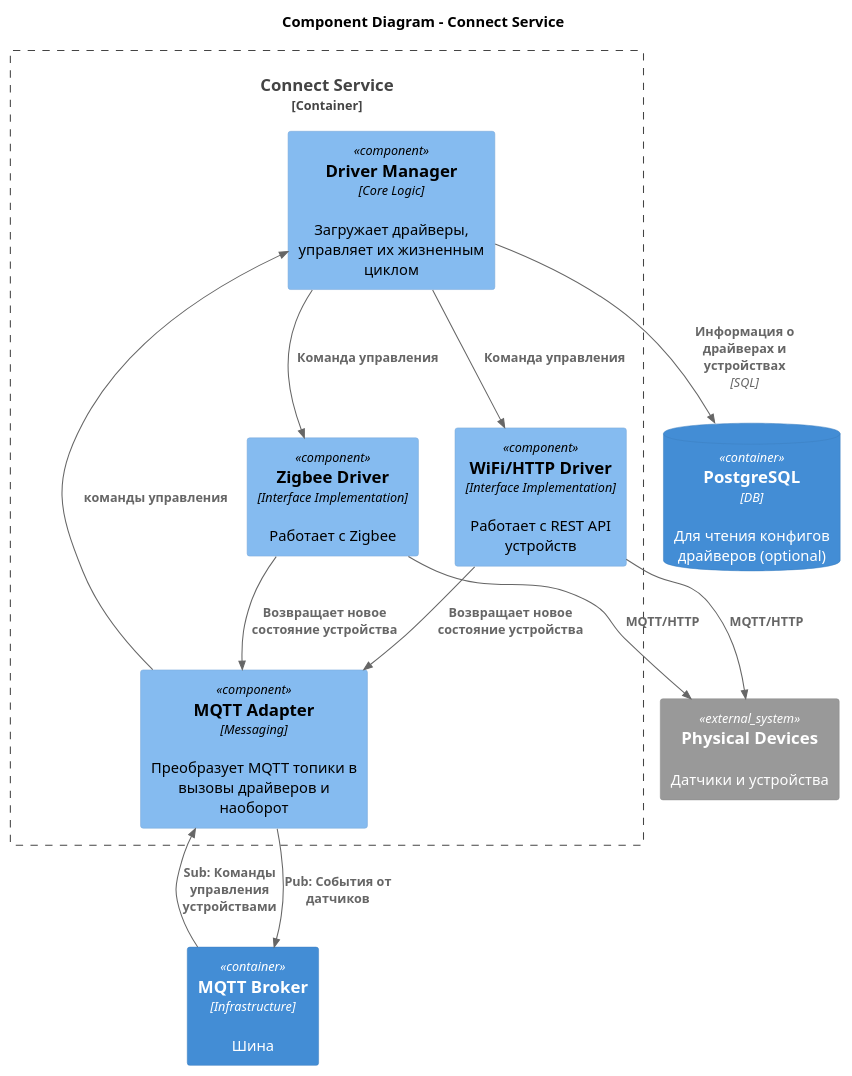
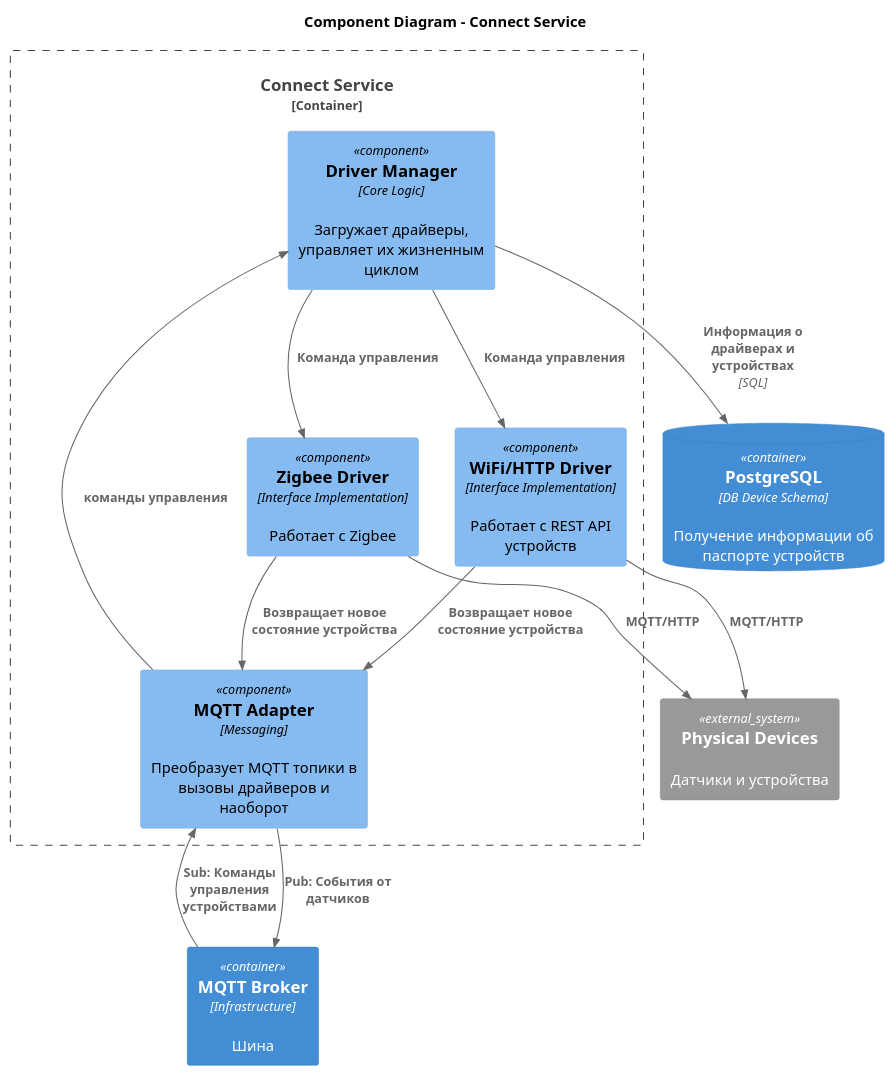
The diagram in architecture-warmhouse/apps/diagrams/ConnectServiceComponent.puml (kalancha/architecture-course), drawn with PlantUML before and after one commit. The commit also changed 23 other files, not shown here.

```diff
--- a/architecture-warmhouse/apps/diagrams/ConnectServiceComponent.puml
+++ b/architecture-warmhouse/apps/diagrams/ConnectServiceComponent.puml
@@ -1,36 +1,35 @@
 @startuml
 !include https://raw.githubusercontent.com/plantuml-stdlib/C4-PlantUML/master/C4_Component.puml
 
 title Component Diagram - Connect Service
 
 
 Container(broker, "MQTT Broker", "Infrastructure", "Шина")
-ContainerDb(db, "PostgreSQL", "DB", "Для чтения конфигов драйверов (optional)")
+ContainerDb(db, "PostgreSQL", "DB Device Schema", "Получение информации об паспорте устройств")
 System_Ext(hardware, "Physical Devices", "Датчики и устройства")
 
 Container_Boundary(connect, "Connect Service") {
     Component(driver_manager, "Driver Manager", "Core Logic", "Загружает драйверы, управляет их жизненным циклом")
 
     Component(mqtt_adapter, "MQTT Adapter", "Messaging", "Преобразует MQTT топики в вызовы драйверов и наоборот")
 
     Component(driver_zigbee, "Zigbee Driver", "Interface Implementation", "Работает с Zigbee")
     Component(driver_wifi, "WiFi/HTTP Driver", "Interface Implementation", "Работает с REST API устройств")
 
 }
 
-' Flow: Initialization
 Rel(driver_manager, db, "Информация о драйверах и устройствах", "SQL")
 
 Rel(broker, mqtt_adapter, "Sub: Команды управления устройствами")
 Rel(mqtt_adapter, driver_manager, "команды управления")
 Rel(driver_manager, driver_zigbee, "Команда управления")
 Rel(driver_manager, driver_wifi, "Команда управления")
 
 Rel(driver_zigbee, hardware, "MQTT/HTTP")
 Rel(driver_wifi, hardware, "MQTT/HTTP")
 
 Rel(driver_zigbee, mqtt_adapter, "Возвращает новое состояние устройства")
 Rel(driver_wifi, mqtt_adapter, "Возвращает новое состояние устройства")
 Rel(mqtt_adapter, broker, "Pub: События от датчиков")
 
 @enduml
```
